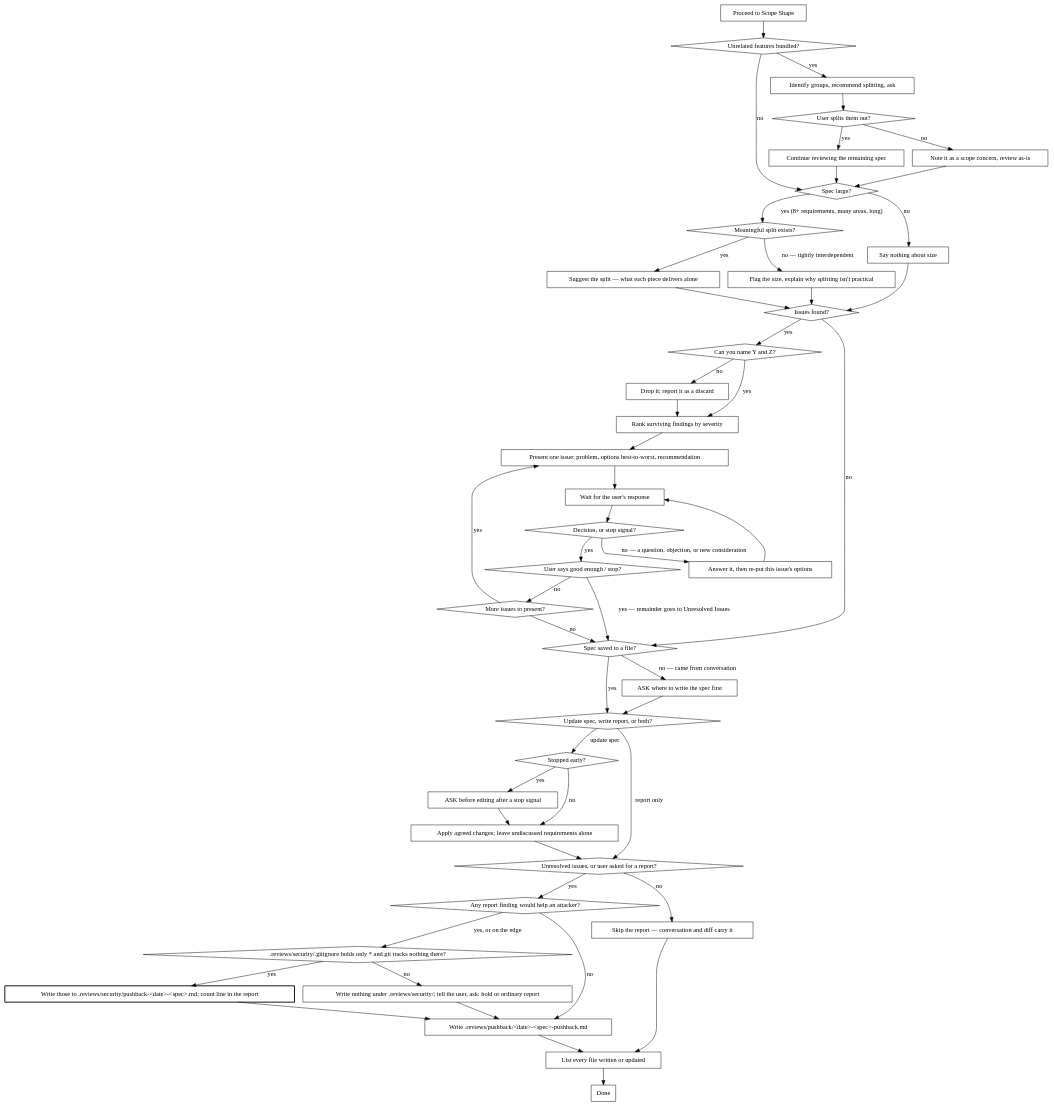
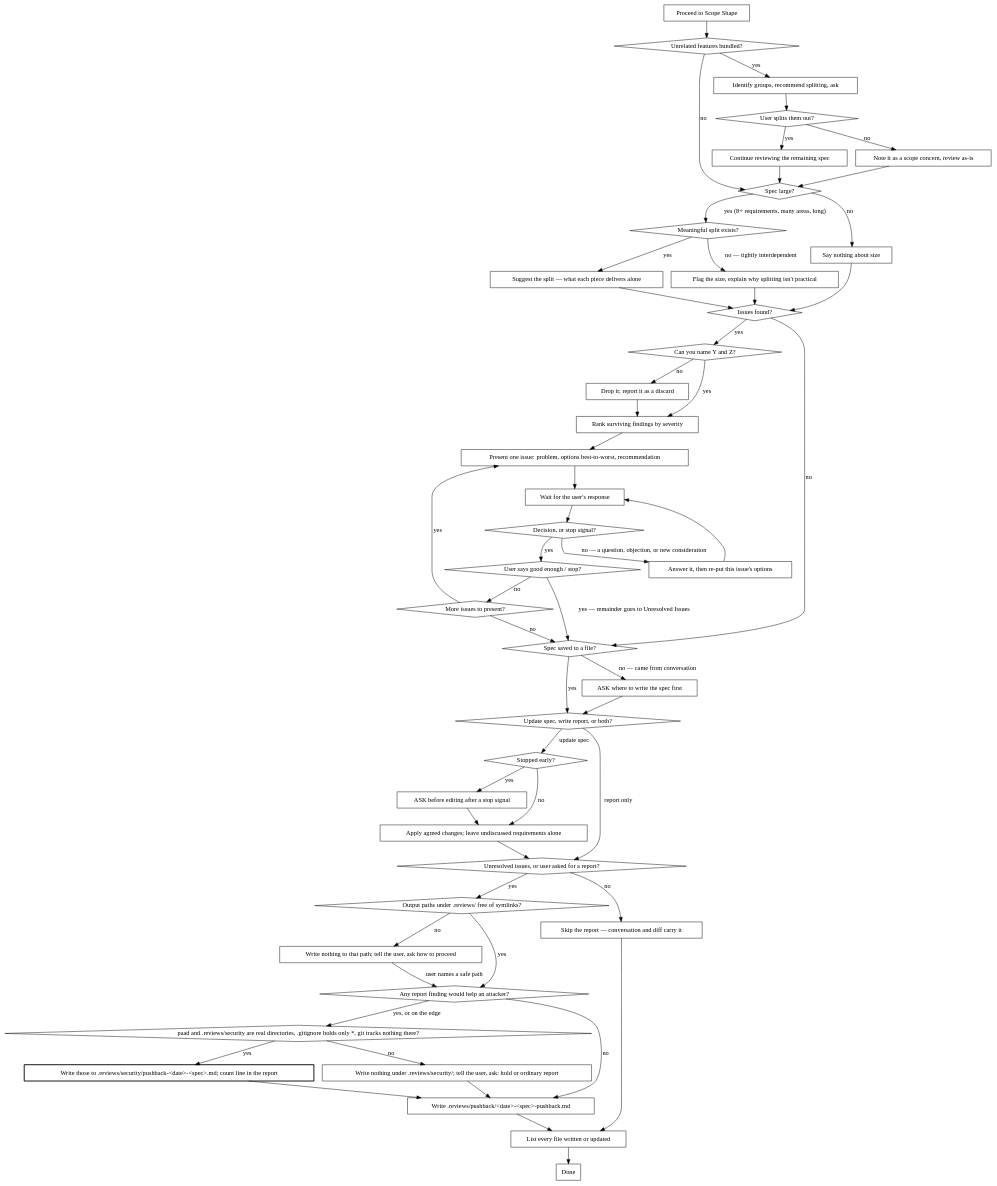
One commit to Ovid/paad changed the second of 2 diagrams in kiro_and_antigravity/skills/.kiro/skills/pushback/SKILL.md. Above: the diagram before and after it, drawn with Graphviz. The commit also changed other lines of this file and 51 other files, not shown here.

````diff
--- a/kiro_and_antigravity/skills/.kiro/skills/pushback/SKILL.md
+++ b/kiro_and_antigravity/skills/.kiro/skills/pushback/SKILL.md
@@ -85,9 +87,11 @@
   "ASK where to write the spec first" [shape=box];
   "ASK before editing after a stop signal" [shape=box];
   "Apply agreed changes; leave undiscussed requirements alone" [shape=box];
+  "Output paths under .reviews/ free of symlinks?" [shape=diamond];
+  "Write nothing to that path; tell the user, ask how to proceed" [shape=box];
   "Any report finding would help an attacker?" [shape=diamond];
   "Write those to .reviews/security/pushback-<date>-<spec>.md; count line in the report" [shape=box, style=bold];
-  ".reviews/security/.gitignore holds only * and git tracks nothing there?" [shape=diamond];
+  "paad and .reviews/security are real directories, .gitignore holds only *, git tracks nothing there?" [shape=diamond];
   "Write nothing under .reviews/security/; tell the user, ask: hold or ordinary report" [shape=box];
   "Write .reviews/pushback/<date>-<spec>-pushback.md" [shape=box];
   "Skip the report — conversation and diff carry it" [shape=box];
@@ -137,16 +141,19 @@
   "Stopped early?" -> "Apply agreed changes; leave undiscussed requirements alone" [label="no"];
   "ASK before editing after a stop signal" -> "Apply agreed changes; leave undiscussed requirements alone";
   "Apply agreed changes; leave undiscussed requirements alone" -> "Unresolved issues, or user asked for a report?";
-  "Unresolved issues, or user asked for a report?" -> "Any report finding would help an attacker?" [label="yes"];
-  "Any report finding would help an attacker?" -> ".reviews/security/.gitignore holds only * and git tracks nothing there?" [label="yes, or on the edge"];
+  "Unresolved issues, or user asked for a report?" -> "Output paths under .reviews/ free of symlinks?" [label="yes"];
+  "Any report finding would help an attacker?" -> "paad and .reviews/security are real directories, .gitignore holds only *, git tracks nothing there?" [label="yes, or on the edge"];
   "Any report finding would help an attacker?" -> "Write .reviews/pushback/<date>-<spec>-pushback.md" [label="no"];
   "Write those to .reviews/security/pushback-<date>-<spec>.md; count line in the report" -> "Write .reviews/pushback/<date>-<spec>-pushback.md";
-  ".reviews/security/.gitignore holds only * and git tracks nothing there?" -> "Write those to .reviews/security/pushback-<date>-<spec>.md; count line in the report" [label="yes"];
-  ".reviews/security/.gitignore holds only * and git tracks nothing there?" -> "Write nothing under .reviews/security/; tell the user, ask: hold or ordinary report" [label="no"];
+  "paad and .reviews/security are real directories, .gitignore holds only *, git tracks nothing there?" -> "Write those to .reviews/security/pushback-<date>-<spec>.md; count line in the report" [label="yes"];
+  "paad and .reviews/security are real directories, .gitignore holds only *, git tracks nothing there?" -> "Write nothing under .reviews/security/; tell the user, ask: hold or ordinary report" [label="no"];
   "Write nothing under .reviews/security/; tell the user, ask: hold or ordinary report" -> "Write .reviews/pushback/<date>-<spec>-pushback.md";
   "Unresolved issues, or user asked for a report?" -> "Skip the report — conversation and diff carry it" [label="no"];
   "Write .reviews/pushback/<date>-<spec>-pushback.md" -> "List every file written or updated";
   "Skip the report — conversation and diff carry it" -> "List every file written or updated";
   "List every file written or updated" -> "Done";
+  "Output paths under .reviews/ free of symlinks?" -> "Any report finding would help an attacker?" [label="yes"];
+  "Output paths under .reviews/ free of symlinks?" -> "Write nothing to that path; tell the user, ask how to proceed" [label="no"];
+  "Write nothing to that path; tell the user, ask how to proceed" -> "Any report finding would help an attacker?" [label="user names a safe path"];
 }
 ```
````
